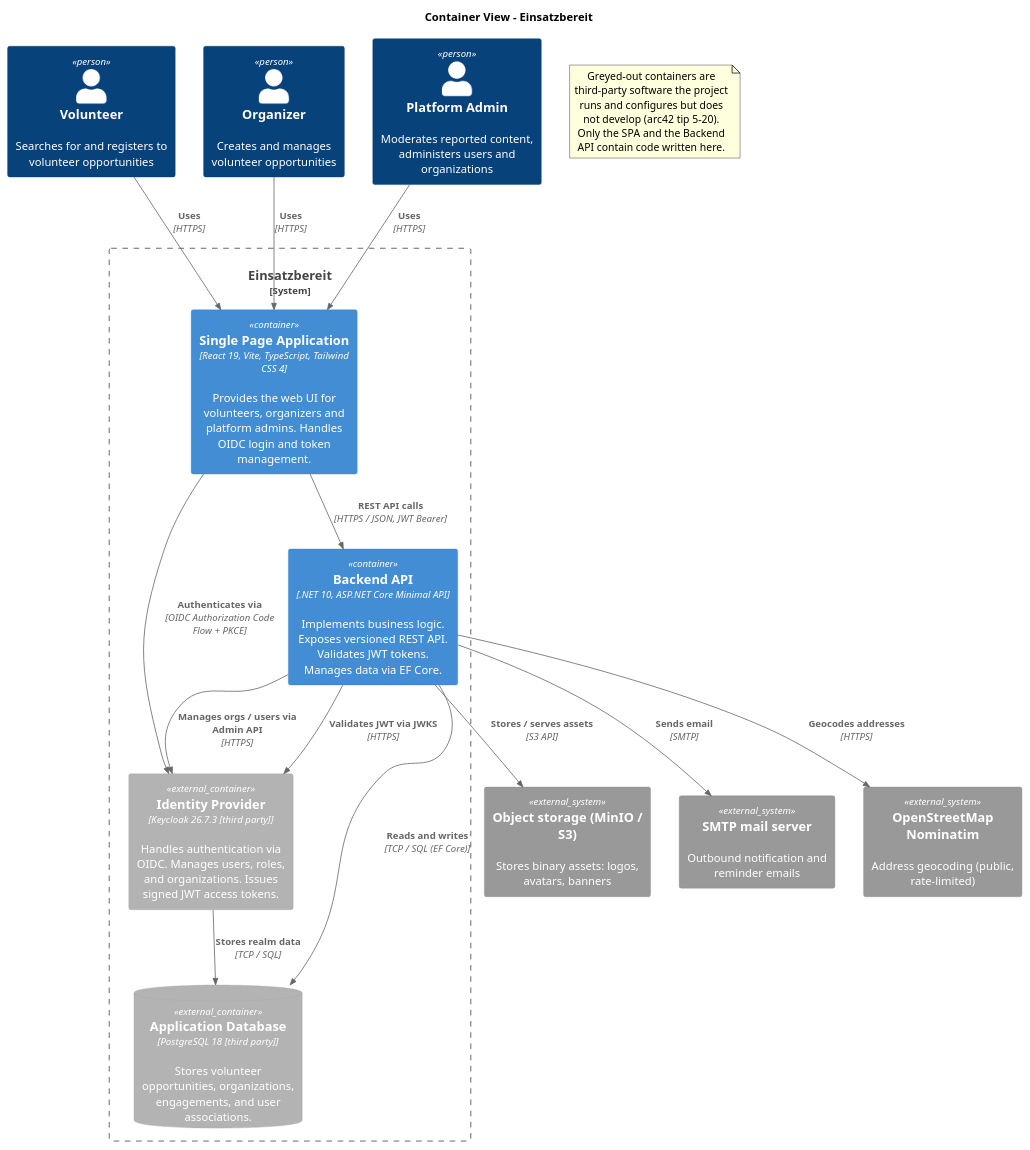
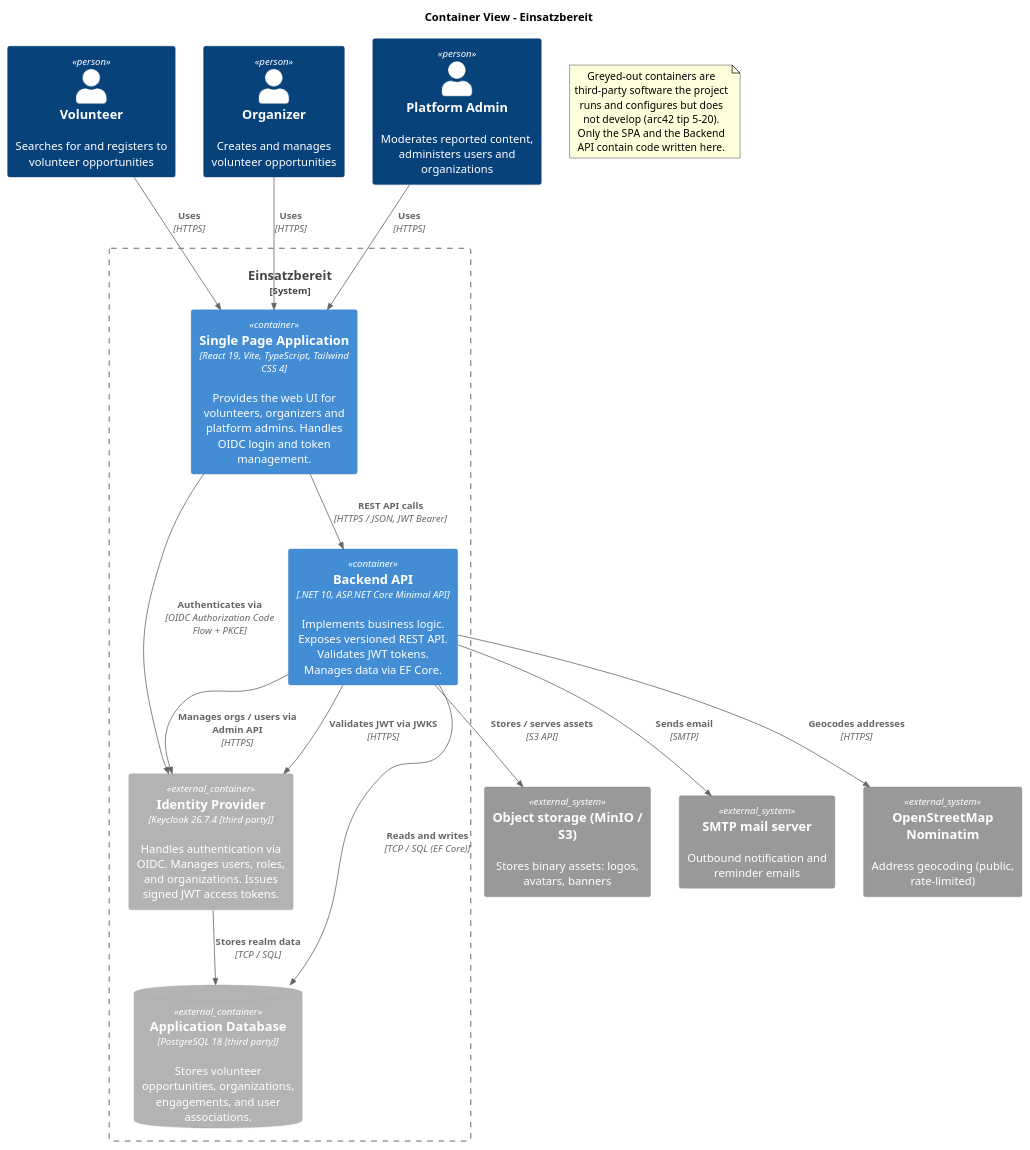
Before and after one commit to maik-hasler/einsatzbereit: the diagram in docs/Architecture/images/container-view.puml, drawn with PlantUML. The commit also changed 10 other files, not shown here.

```diff
--- a/docs/Architecture/images/container-view.puml
+++ b/docs/Architecture/images/container-view.puml
@@ -1,41 +1,41 @@
 @startuml Container View
 
 !include <C4/C4_Container>
 
 title Container View - Einsatzbereit
 
 Person(volunteer, "Volunteer", "Searches for and registers to volunteer opportunities")
 Person(organizer, "Organizer", "Creates and manages volunteer opportunities")
 Person(admin, "Platform Admin", "Moderates reported content, administers users and organizations")
 
 System_Boundary(einsatzbereit, "Einsatzbereit") {
 		Container(frontend, "Single Page Application", "React 19, Vite, TypeScript, Tailwind CSS 4", "Provides the web UI for volunteers, organizers and platform admins. Handles OIDC login and token management.")
 		Container(backend, "Backend API", ".NET 10, ASP.NET Core Minimal API", "Implements business logic. Exposes versioned REST API. Validates JWT tokens. Manages data via EF Core.")
 		ContainerDb_Ext(db, "Application Database", "PostgreSQL 18 [third party]", "Stores volunteer opportunities, organizations, engagements, and user associations.")
-		Container_Ext(keycloak, "Identity Provider", "Keycloak 26.7.3 [third party]", "Handles authentication via OIDC. Manages users, roles, and organizations. Issues signed JWT access tokens.")
+		Container_Ext(keycloak, "Identity Provider", "Keycloak 26.7.4 [third party]", "Handles authentication via OIDC. Manages users, roles, and organizations. Issues signed JWT access tokens.")
 }
 
 System_Ext(objectstore, "Object storage (MinIO / S3)", "Stores binary assets: logos, avatars, banners")
 System_Ext(smtp, "SMTP mail server", "Outbound notification and reminder emails")
 System_Ext(nominatim, "OpenStreetMap Nominatim", "Address geocoding (public, rate-limited)")
 
 Rel(volunteer, frontend, "Uses", "HTTPS")
 Rel(organizer, frontend, "Uses", "HTTPS")
 Rel(admin, frontend, "Uses", "HTTPS")
 Rel(frontend, backend, "REST API calls", "HTTPS / JSON, JWT Bearer")
 Rel(frontend, keycloak, "Authenticates via", "OIDC Authorization Code Flow + PKCE")
 Rel(backend, db, "Reads and writes", "TCP / SQL (EF Core)")
 Rel(backend, keycloak, "Validates JWT via JWKS", "HTTPS")
 Rel(backend, keycloak, "Manages orgs / users via Admin API", "HTTPS")
 Rel(backend, objectstore, "Stores / serves assets", "S3 API")
 Rel(backend, smtp, "Sends email", "SMTP")
 Rel(backend, nominatim, "Geocodes addresses", "HTTPS")
 Rel(keycloak, db, "Stores realm data", "TCP / SQL")
 
 note as ThirdParty
 	Greyed-out containers are third-party software the project
 	runs and configures but does not develop (arc42 tip 5-20).
 	Only the SPA and the Backend API contain code written here.
 end note
 
 @enduml
```
